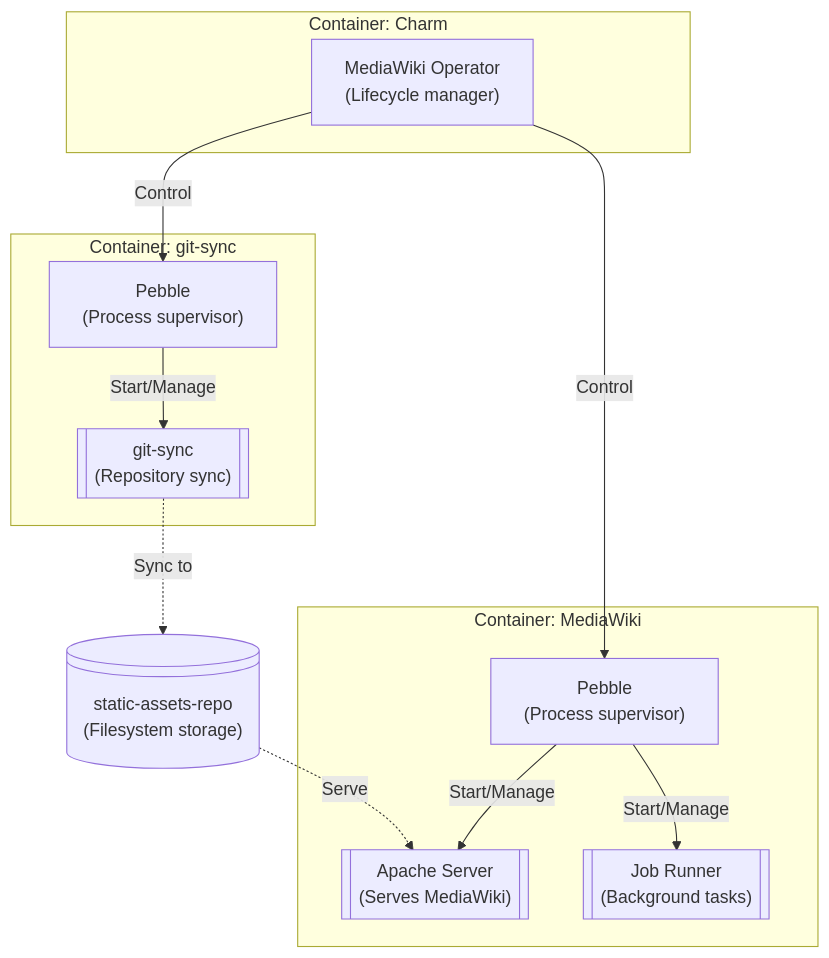
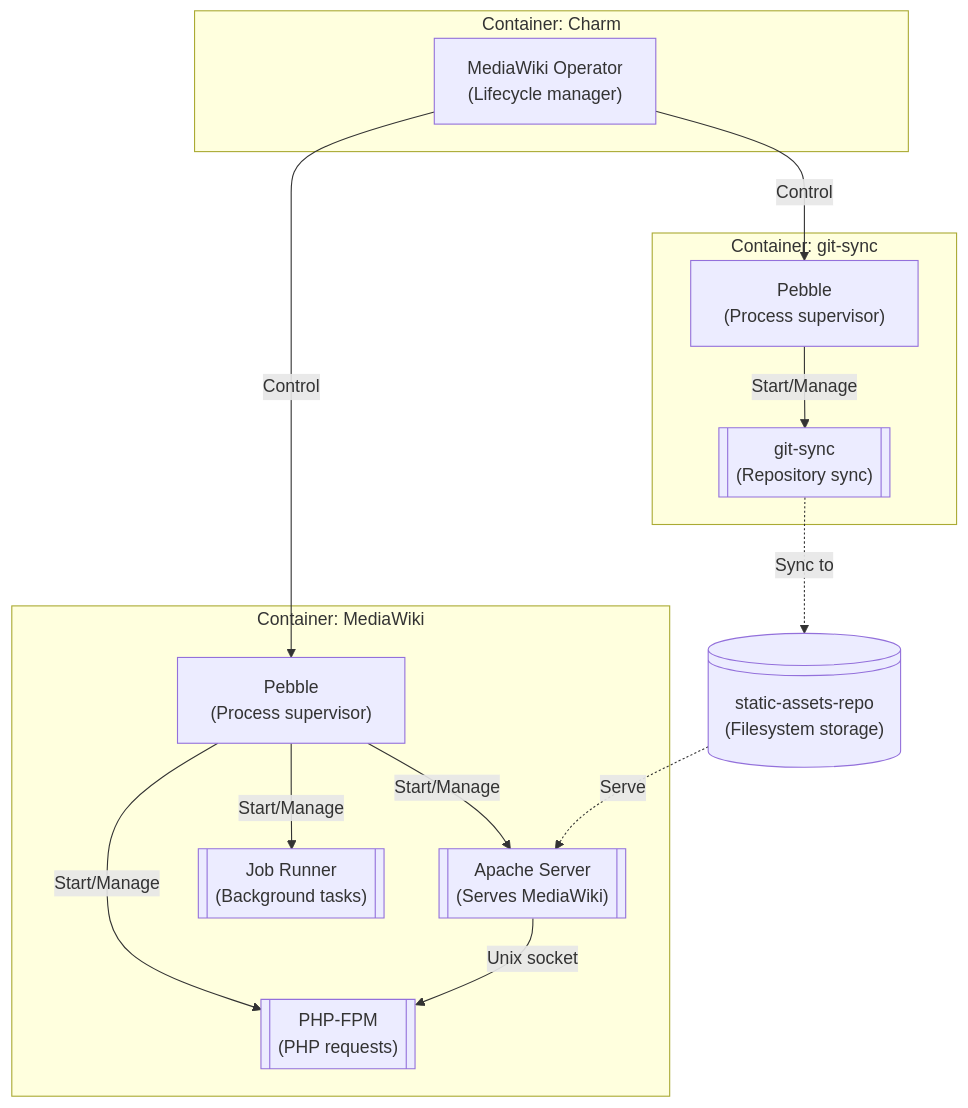
The second of 2 diagrams in docs/reference/charm-architecture.rst (canonical/mediawiki-k8s-operator), drawn with Mermaid before and after one commit. The commit also changed other lines of this file and 14 other files, not shown here.

First line of the commit message:
feat: serve MediaWiki with PHP-FPM

```diff
--- a/docs/reference/charm-architecture.rst
+++ b/docs/reference/charm-architecture.rst
@@ -85,30 +85,33 @@
 .. mermaid::
    :name: containers-architecture-diagram
 
    flowchart TD
       subgraph MediaWikiContainer["Container: MediaWiki"]
          Pebble1["Pebble<br/>(Process supervisor)"]
          Apache@{ shape: subproc, label: "Apache Server<br/>(Serves MediaWiki)" }
+         PhpFpm@{ shape: subproc, label: "PHP-FPM<br/>(PHP requests)" }
          JobRunner@{ shape: subproc, label: "Job Runner<br/>(Background tasks)" }
 
          Pebble1 -->|Start/Manage| Apache
+         Pebble1 -->|Start/Manage| PhpFpm
+         Apache -->|Unix socket| PhpFpm
          Pebble1 -->|Start/Manage| JobRunner
       end
       
       subgraph GitSyncContainer["Container: git-sync"]
          Pebble2["Pebble<br/>(Process supervisor)"]
          GitSyncApp@{ shape: subproc, label: "git-sync<br/>(Repository sync)" }
 
          Pebble2 -->|Start/Manage| GitSyncApp
       end
       
       subgraph OperatorPlane["Container: Charm"]
          CharmOp["MediaWiki Operator<br/>(Lifecycle manager)"]
       end
       
       Assets@{ shape: lin-cyl, label: "static-assets-repo<br/>(Filesystem storage)" }
       
       CharmOp -->|Control| Pebble1
       CharmOp -->|Control| Pebble2
       GitSyncApp -.->|Sync to| Assets
       Assets -.->|Serve| Apache
```
